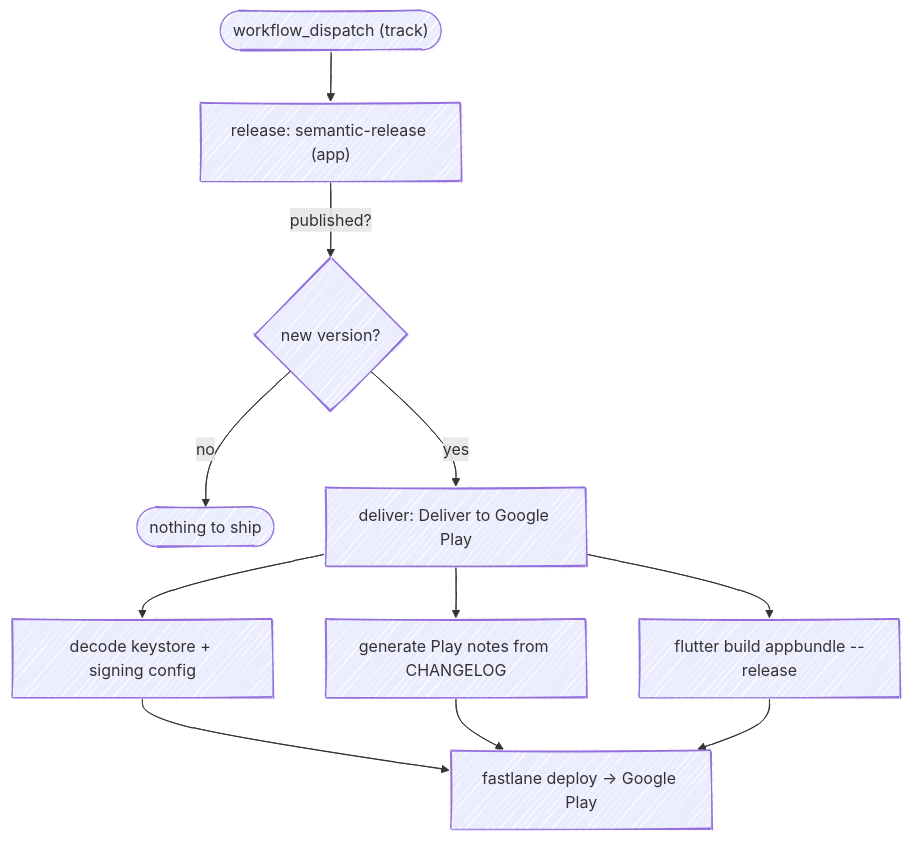
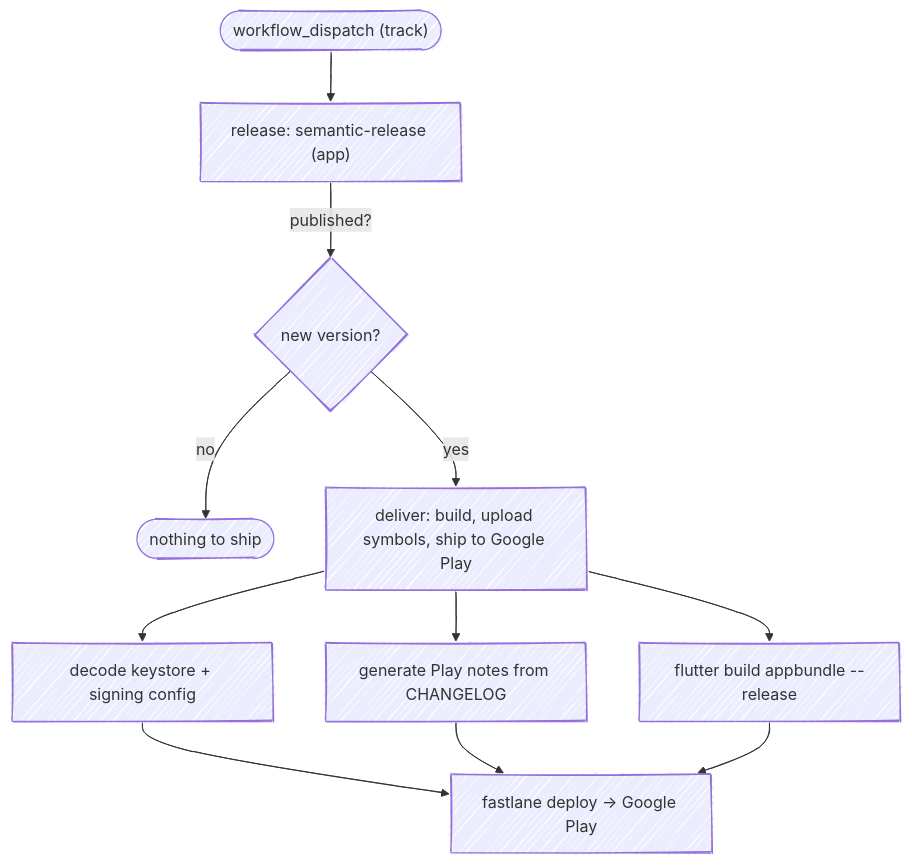
The third of 3 diagrams in docs/wiki/CI-CD.md (fbuireu/contribKit), drawn with Mermaid before and after one commit. The commit also changed 1 other file, not shown here.

Commit message:
fix(contribkit-app): name the deliver job after everything it can fail at
`working-directory: app` on the symbol upload repeated what the job
already declares in `defaults`, and no other step in it does that.

The job was called "Deliver X to Google Play" and now also uploads debug
symbols, which it fails the whole delivery over when the token is missing
or the Sentry project does not resolve. A red job under that name sends
you to look at Play for a problem in Sentry.

````diff
--- a/docs/wiki/CI-CD.md
+++ b/docs/wiki/CI-CD.md
@@ -110,15 +110,15 @@
 ```mermaid
 ---
 config:
   look: handDrawn
 ---
 flowchart TD
   dispatch(["workflow_dispatch (track)"]) --> release["release: semantic-release (app)"]
   release -->|published?| gate{"new version?"}
   gate -->|no| stop(["nothing to ship"])
-  gate -->|yes| deliver["deliver: Deliver to Google Play"]
+  gate -->|yes| deliver["deliver: build, upload symbols, ship to Google Play"]
   deliver --> sign["decode keystore + signing config"]
   deliver --> notes["generate Play notes from CHANGELOG"]
   deliver --> aab["flutter build appbundle --release"]
   sign & notes & aab --> upload["fastlane deploy → Google Play"]
 ```
````
